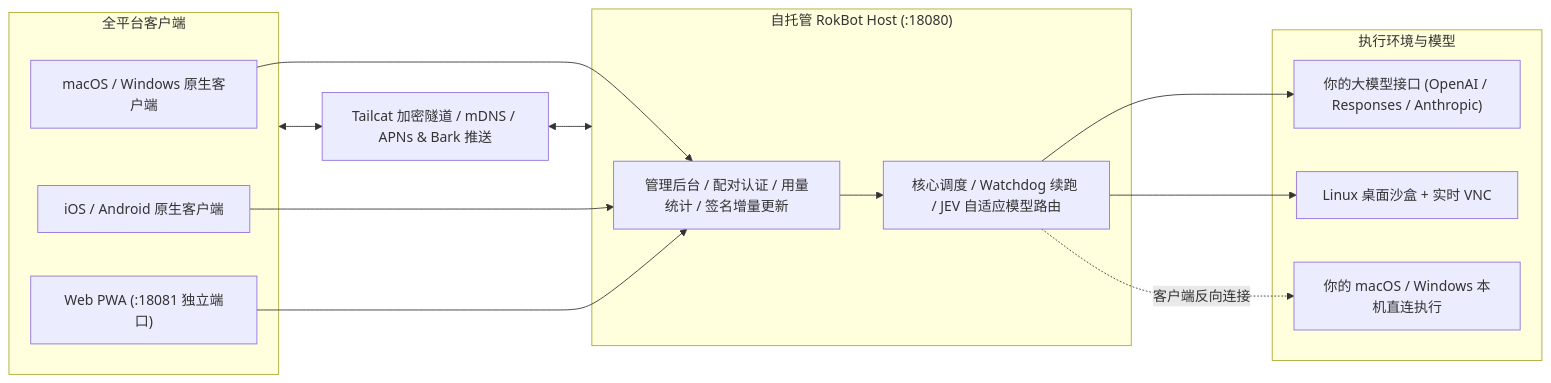
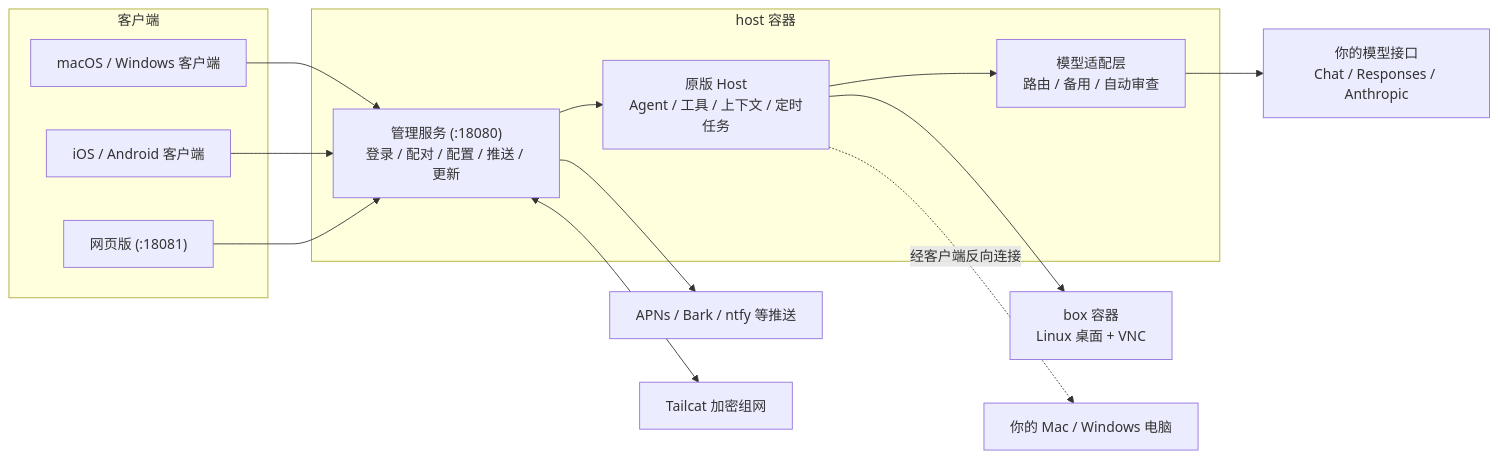
The diagram in README.md (bguisad/rokbot), drawn with Mermaid before and after one commit. The commit also changed other lines of this file and 47 other files, not shown here.

````diff
--- a/README.md
+++ b/README.md
@@ -165,31 +208,24 @@
 ```mermaid
 flowchart LR
-  subgraph Clients["全平台客户端"]
-    Desktop["macOS / Windows 原生客户端"]
-    Mobile["iOS / Android 原生客户端"]
-    Web["Web PWA (:18081 独立端口)"]
+  subgraph Clients["客户端"]
+    Desktop["macOS / Windows 客户端"]
+    Mobile["iOS / Android 客户端"]
+    Web["网页版 (:18081)"]
   end
 
-  subgraph Server["自托管 RokBot Host (:18080)"]
-    Admin["管理后台 / 配对认证 / 用量统计 / 签名增量更新"]
-    Router["核心调度 / Watchdog 续跑 / JEV 自适应模型路由"]
-    Admin --> Router
+  subgraph HostC["host 容器"]
+    Admin["管理服务 (:18080)<br/>登录 / 配对 / 配置 / 推送 / 更新"]
+    Core["原版 Host<br/>Agent / 工具 / 上下文 / 定时任务"]
+    Adapter["模型适配层<br/>路由 / 备用 / 自动审查"]
+    Admin --> Core --> Adapter
   end
-
-  subgraph Execution["执行环境与模型"]
-    Models["你的大模型接口 (OpenAI / Responses / Anthropic)"]
-    Box["Linux 桌面沙盒 + 实时 VNC"]
-    LocalPC["你的 macOS / Windows 本机直连执行"]
-  end
-
-  Tunnel["Tailcat 加密隧道 / mDNS / APNs & Bark 推送"]
 
   Desktop --> Admin
   Mobile --> Admin
   Web --> Admin
-  Clients <--> Tunnel
-  Tunnel <--> Server
-  Router --> Models
-  Router --> Box
-  Router -.客户端反向连接.-> LocalPC
+  Adapter --> Models["你的模型接口<br/>Chat / Responses / Anthropic"]
+  Core --> Box["box 容器<br/>Linux 桌面 + VNC"]
+  Core -.经客户端反向连接.-> PC["你的 Mac / Windows 电脑"]
+  Admin --> Push["APNs / Bark / ntfy 等推送"]
+  Admin <--> Tailcat["Tailcat 加密组网"]
 ```
````
